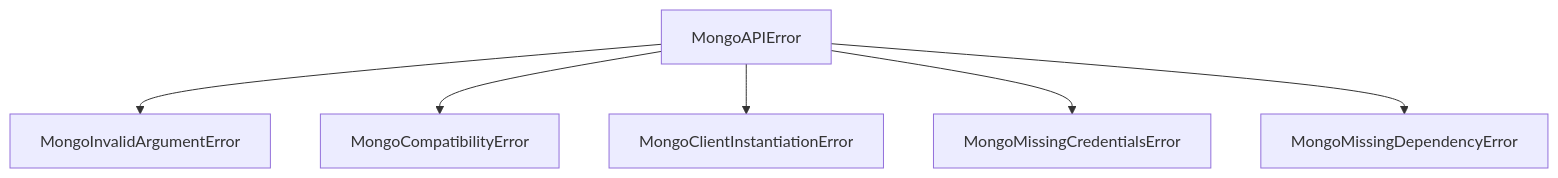
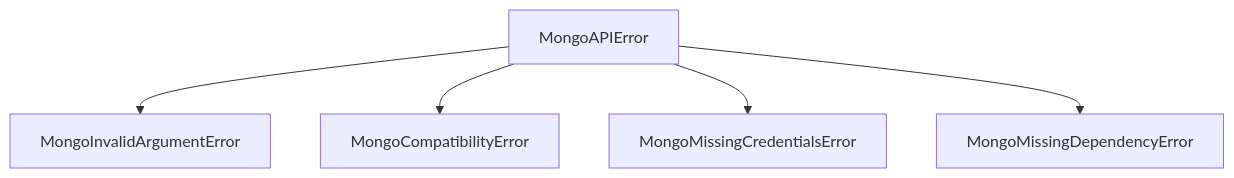
Before and after one commit to mongodb/node-mongodb-native: the diagram in docs/charts/mermaid/MongoAPIError.mmd, drawn with Mermaid. The commit also changed 8 other files, not shown here.

Commit message:
docs(NODE-3363): synced charts with markdown

```diff
--- a/docs/charts/mermaid/MongoAPIError.mmd
+++ b/docs/charts/mermaid/MongoAPIError.mmd
@@ -1,6 +1,5 @@
 graph TD
     MongoAPIError --> MongoInvalidArgumentError
     MongoAPIError --> MongoCompatibilityError
-    MongoAPIError --> MongoClientInstantiationError
     MongoAPIError --> MongoMissingCredentialsError
     MongoAPIError --> MongoMissingDependencyError
```
